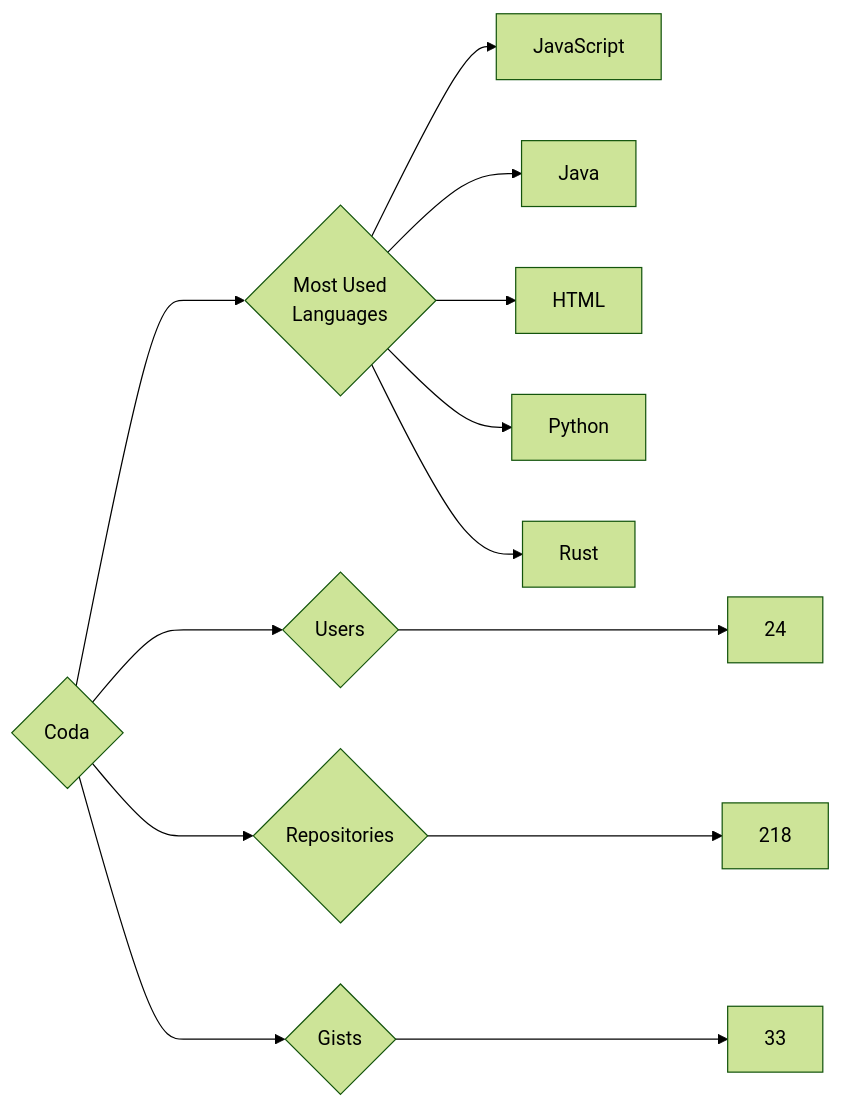
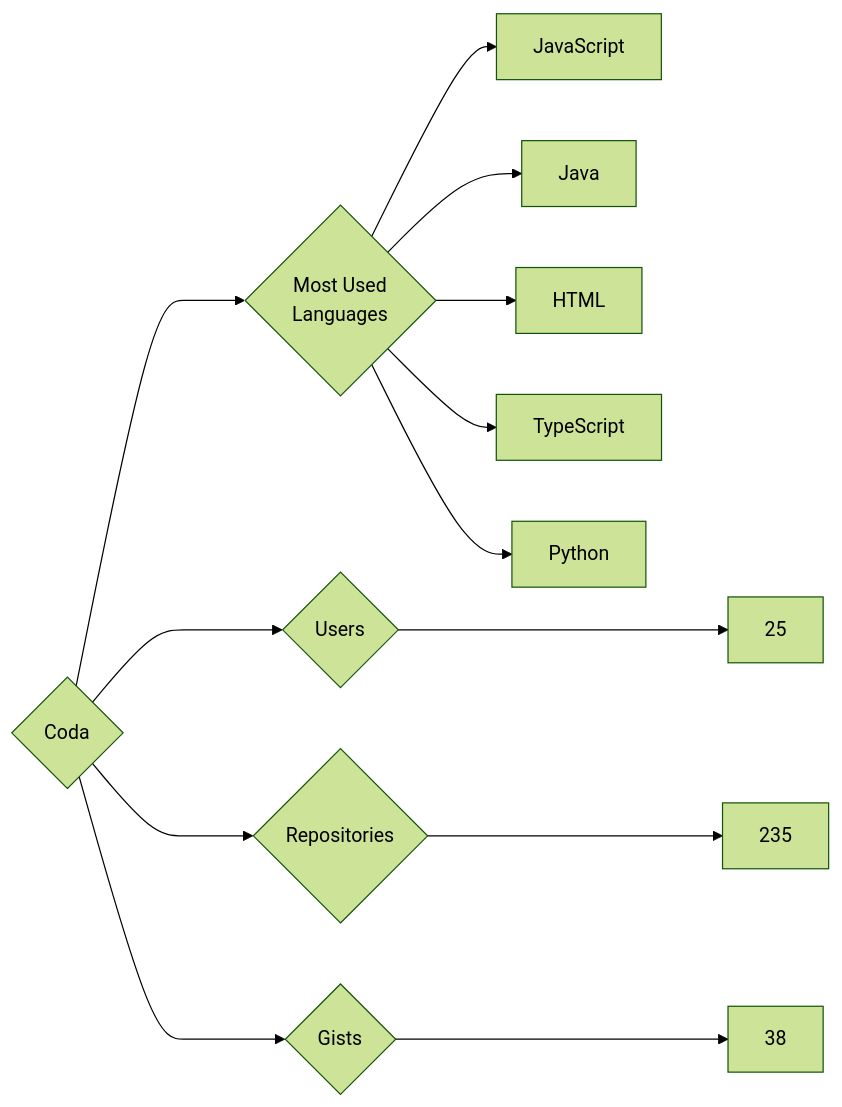
Before and after one commit to trickest/insiders: the diagram in targets/Coda/README.md, drawn with Mermaid (forest theme). The commit also changed 809 other files, not shown here.

````diff
--- a/targets/Coda/README.md
+++ b/targets/Coda/README.md
@@ -3,13 +3,13 @@
 ```mermaid
 graph LR
 COMPANY_NAME{Coda}
-COMPANY_NAME ---> U{Users} ---> UN[24]
-COMPANY_NAME ---> R{Repositories} ---> RN[218]
-COMPANY_NAME ---> G{Gists} ---> GN[33]
+COMPANY_NAME ---> U{Users} ---> UN[25]
+COMPANY_NAME ---> R{Repositories} ---> RN[235]
+COMPANY_NAME ---> G{Gists} ---> GN[38]
 COMPANY_NAME ---> ML{Most Used<br>Languages}
 ML --> JavaScript[JavaScript]
 ML --> Java[Java]
 ML --> HTML[HTML]
+ML --> TypeScript[TypeScript]
 ML --> Python[Python]
-ML --> Rust[Rust]
 ```
````
